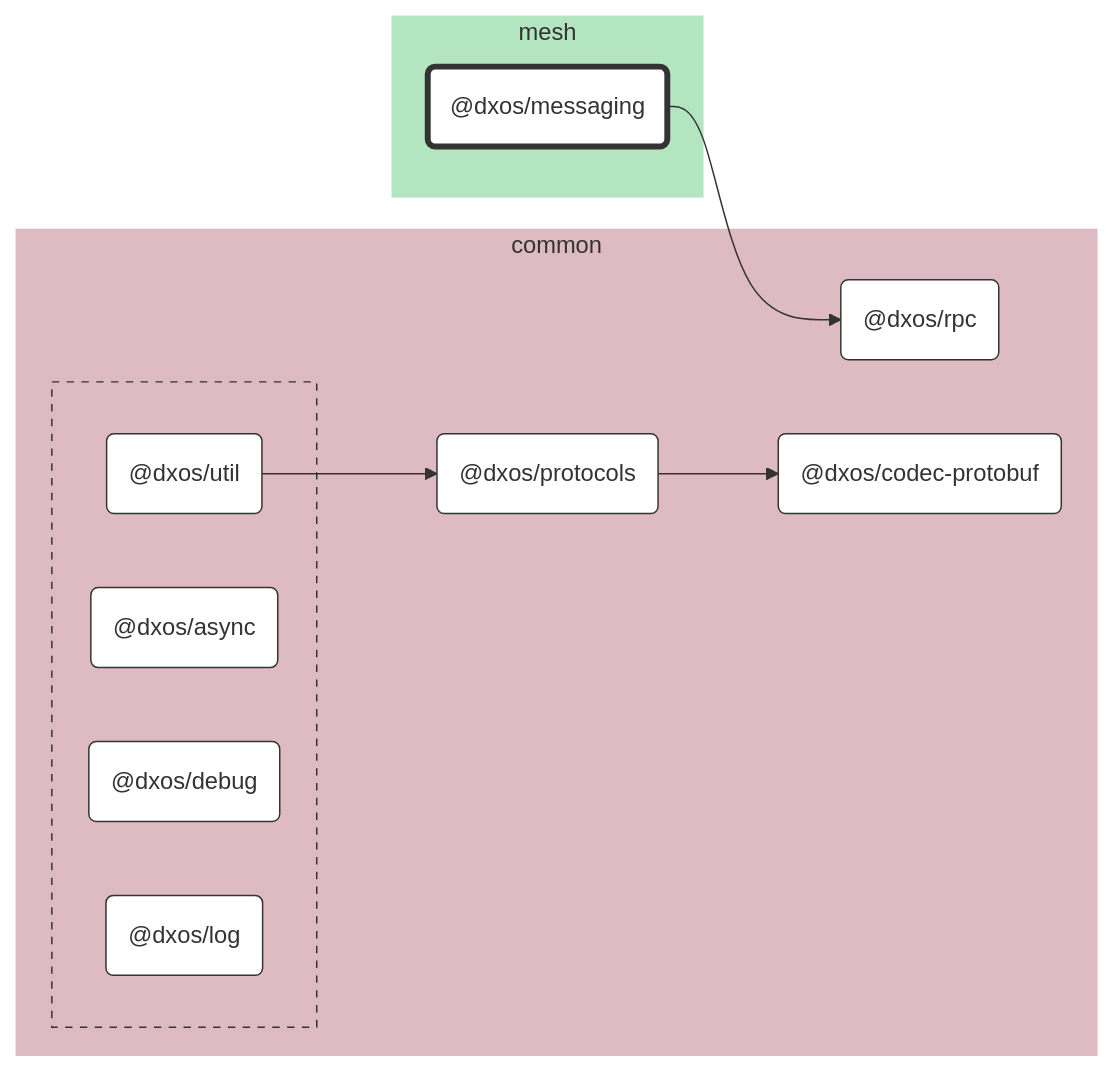
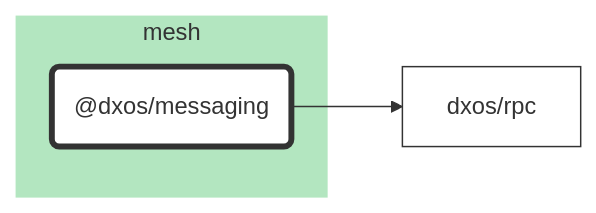
Before and after one commit to dxos/dxos: the diagram in packages/mesh/messaging/docs/README.md, drawn with Mermaid. The commit also changed 84 other files, not shown here.

````diff
--- a/packages/mesh/messaging/docs/README.md
+++ b/packages/mesh/messaging/docs/README.md
@@ -7,59 +7,21 @@
 ```mermaid
 %%{ init: {'flowchart':{'curve':'basis'}} }%%
 
 flowchart LR
 
-%% Links
-dxos/messaging --> dxos/rpc;
-dxos/protocols --> dxos/codec-protobuf;
-dxos/util --> dxos/protocols;
+%% Classes
+classDef default fill:#fff,stroke:#333,stroke-width:1px
+classDef root fill:#fff,stroke:#333,stroke-width:4px
 
-%% Sections
-subgraph mesh
-  style mesh fill:#b3e6c0,stroke:#fff;
+%% Nodes
 
-  dxos/messaging("@dxos/messaging")
+subgraph mesh [mesh]
+  style mesh fill:#b3e6c0,stroke:#fff
+  dxos/messaging("@dxos/messaging"):::root
+  click dxos/messaging "dxos/dxos/tree/main/packages/mesh/messaging/docs"
 end
 
-subgraph common
-  style common fill:#debac2,stroke:#fff;
-
-  dxos/codec-protobuf("@dxos/codec-protobuf")
-  dxos/protocols("@dxos/protocols")
-  dxos/rpc("@dxos/rpc")
-
-  subgraph common-excluded [ ]
-    style common-excluded fill:#debac2,stroke:#333,stroke-dasharray:5 5;
-
-    dxos/async("@dxos/async")
-    dxos/debug("@dxos/debug")
-    dxos/log("@dxos/log")
-    dxos/util("@dxos/util")
-  end
-end
-
-
-%% Hyperlinks
-click dxos/async "dxos/dxos/tree/main/packages/common/async/docs";
-click dxos/codec-protobuf "dxos/dxos/tree/main/packages/common/codec-protobuf/docs";
-click dxos/debug "dxos/dxos/tree/main/packages/common/debug/docs";
-click dxos/log "dxos/dxos/tree/main/packages/common/log/docs";
-click dxos/protocols "dxos/dxos/tree/main/packages/common/protocols/docs";
-click dxos/rpc "dxos/dxos/tree/main/packages/common/rpc/docs";
-click dxos/util "dxos/dxos/tree/main/packages/common/util/docs";
-
-%% Styles
-classDef rootNode fill:#fff,stroke:#333,stroke-width:4px
-classDef defaultNode fill:#fff,stroke:#333,stroke-width:1px
+%% Links
 linkStyle default stroke:#333,stroke-width:1px
-
-dxos/messaging:::rootNode
-
-dxos/async:::defaultNode
-dxos/codec-protobuf:::defaultNode
-dxos/debug:::defaultNode
-dxos/log:::defaultNode
-dxos/protocols:::defaultNode
-dxos/rpc:::defaultNode
-dxos/util:::defaultNode
+dxos/messaging --> dxos/rpc
 ```
````
